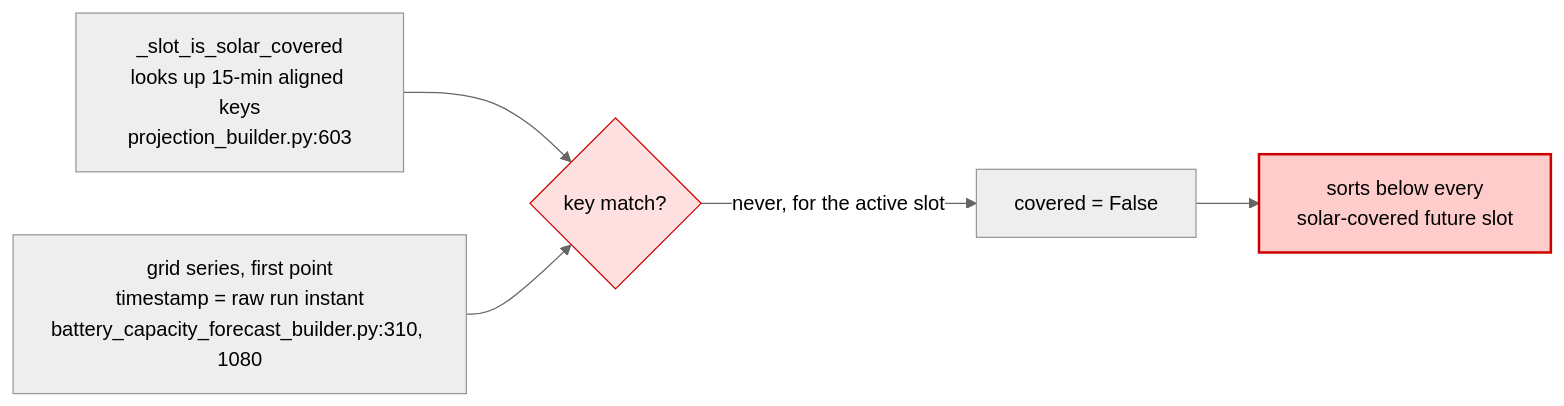
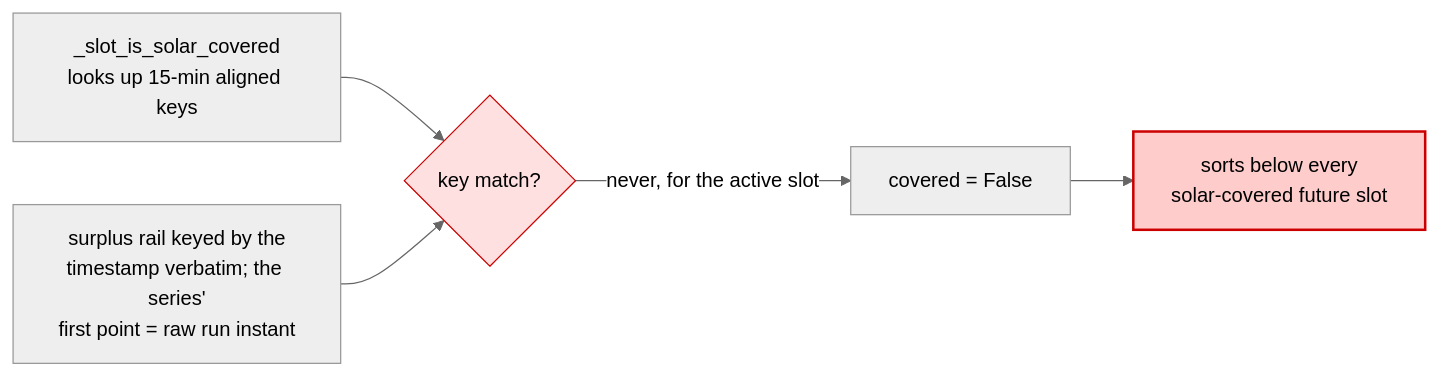
One commit to Scarfsail/hass-helman changed the second of 3 diagrams in docs/features/automation/optimizers/helman-active-slot-commitment-proposal.md. Above: the diagram before and after it, drawn with Mermaid (neutral theme). The commit also changed other lines of this file, not shown here.

Commit message:
docs(automation): record the active-slot commitment as implemented

````diff
--- a/docs/features/automation/optimizers/helman-active-slot-commitment-proposal.md
+++ b/docs/features/automation/optimizers/helman-active-slot-commitment-proposal.md
@@ -91,10 +91,10 @@
 ```mermaid
 flowchart LR
-    A["_slot_is_solar_covered<br/>looks up 15-min aligned keys<br/>projection_builder.py:603"] --> M{"key match?"}
-    B["grid series, first point<br/>timestamp = raw run instant<br/>battery_capacity_forecast_builder.py:310, 1080"] --> M
+    A["_slot_is_solar_covered<br/>looks up 15-min aligned keys"] --> M{"key match?"}
+    B["surplus rail keyed by the<br/>timestamp verbatim; the series'<br/>first point = raw run instant"] --> M
     M -- "never, for the active slot" --> F["covered = False"]
     F --> L["sorts below every<br/>solar-covered future slot"]
 
     style M fill:#ffe0e0,stroke:#c00
     style L fill:#ffcccc,stroke:#c00,stroke-width:2px
 ```
````
